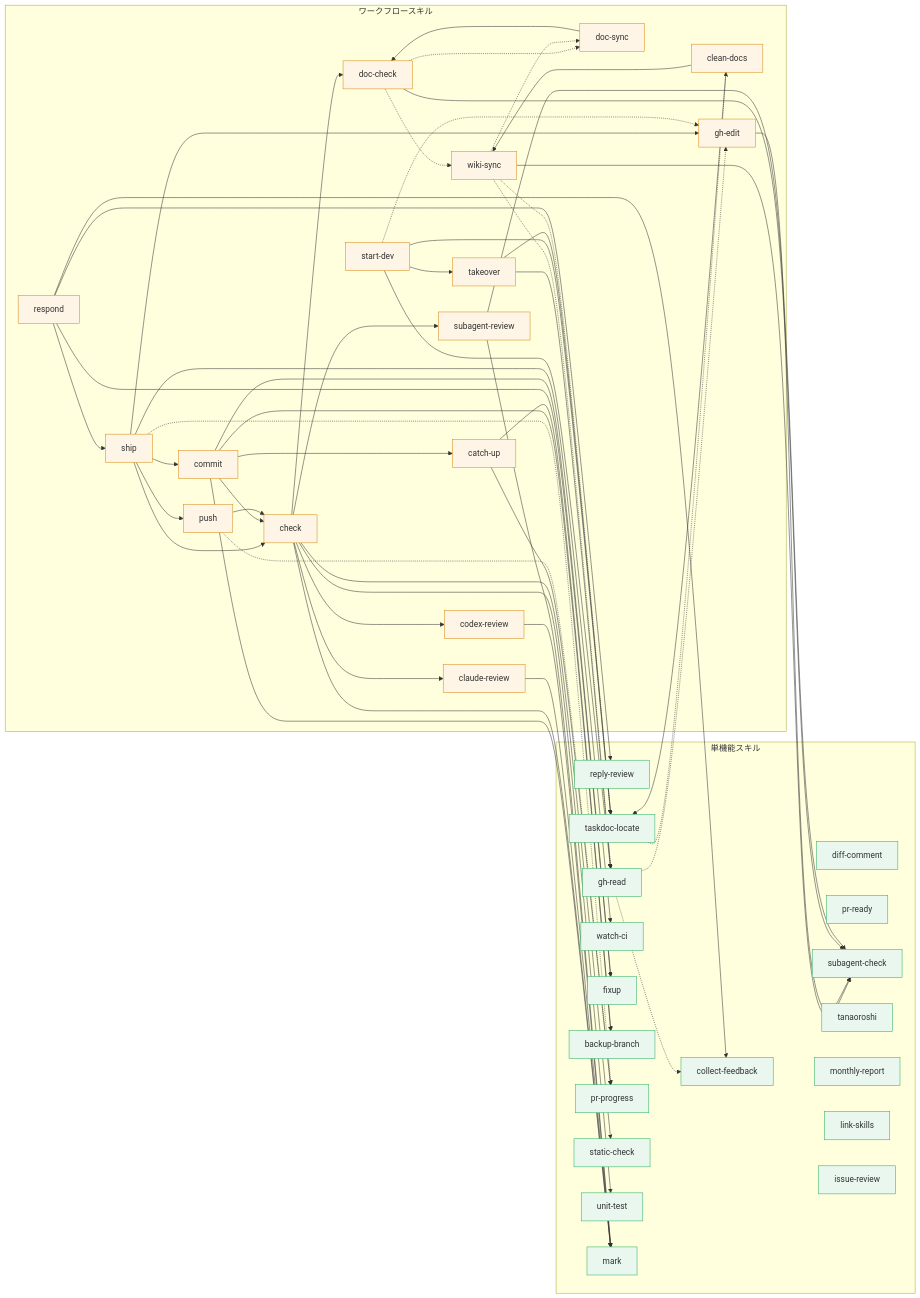
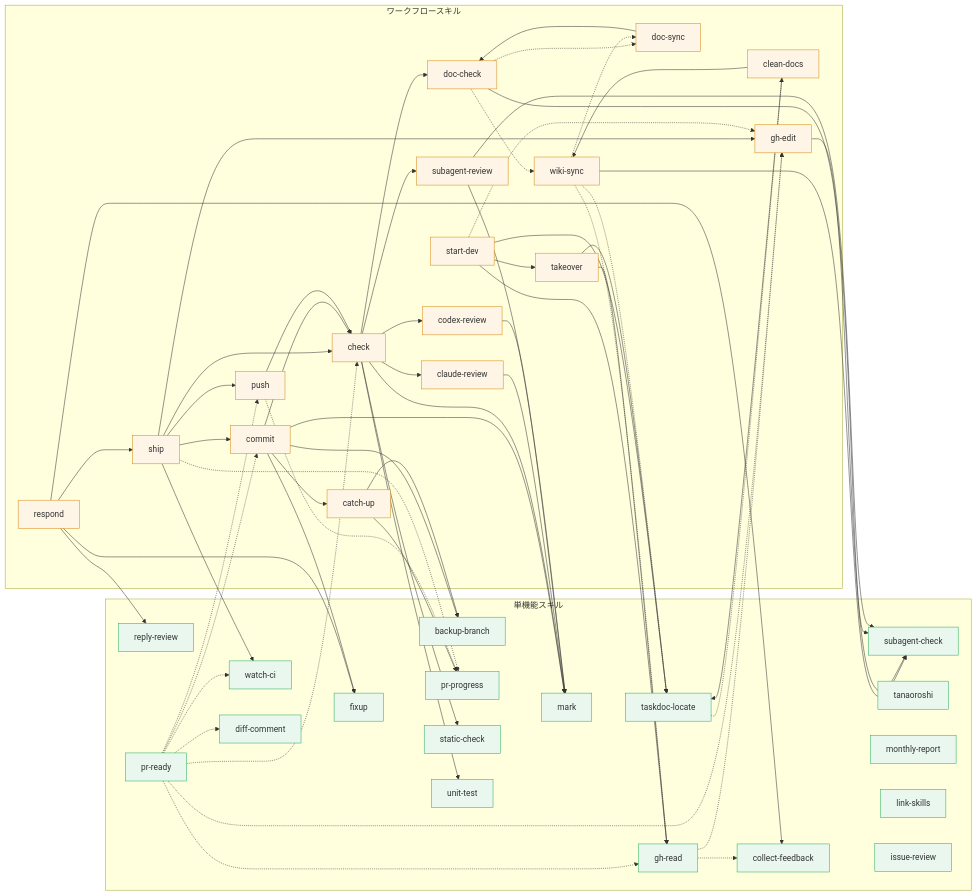
One commit to mistbind3u88/bonsai changed the second of 2 diagrams in README.md. Above: the diagram before and after it, drawn with Mermaid. The commit also changed other lines of this file, not shown here.

Commit message:
docs: 依存図の点線定義を整える

```diff
--- a/README.md
+++ b/README.md
@@ -188,6 +188,13 @@
     gh-read -.-> collect-feedback
     push -.-> pr-progress
     ship -.-> pr-progress
+    pr-ready -.-> commit
+    pr-ready -.-> push
+    pr-ready -.-> check
+    pr-ready -.-> gh-read
+    pr-ready -.-> gh-edit
+    pr-ready -.-> diff-comment
+    pr-ready -.-> watch-ci
     wiki-sync -.-> gh-read
     wiki-sync -.-> taskdoc-locate
     wiki-sync -.-> doc-sync
```
